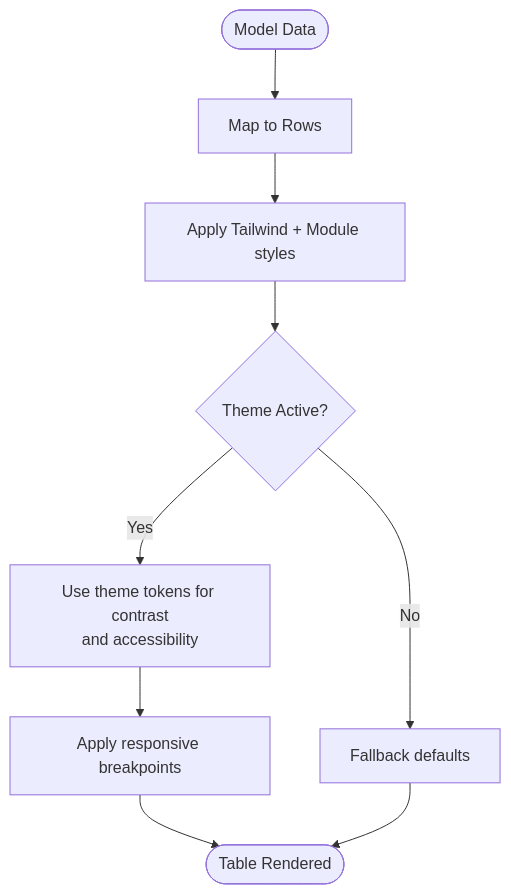
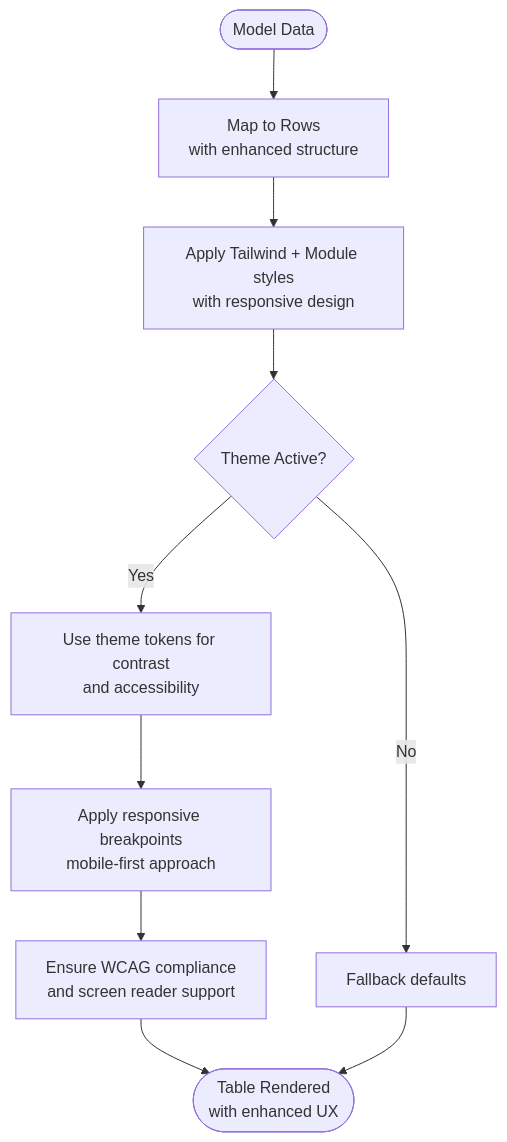
One commit to HassanAmeer/cheaprouter changed the eighth of 10 diagrams in .qoder/repowiki/en/content/Frontend Architecture/Styling System.md. Above: the diagram before and after it, drawn with Mermaid. The commit also changed other lines of this file and 10 other files, not shown here.

````diff
--- a/.qoder/repowiki/en/content/Frontend Architecture/Styling System.md
+++ b/.qoder/repowiki/en/content/Frontend Architecture/Styling System.md
@@ -379,11 +386,12 @@
 ```mermaid
 flowchart TD
-Data(["Model Data"]) --> MapRows["Map to Rows"]
-MapRows --> StyleRow["Apply Tailwind + Module styles"]
+Data(["Model Data"]) --> MapRows["Map to Rows<br/>with enhanced structure"]
+MapRows --> StyleRow["Apply Tailwind + Module styles<br/>with responsive design"]
 StyleRow --> ThemeCheck{"Theme Active?"}
 ThemeCheck --> |Yes| UseTokens["Use theme tokens for contrast<br/>and accessibility"]
 ThemeCheck --> |No| Fallback["Fallback defaults"]
-UseTokens --> Responsive["Apply responsive breakpoints"]
-Responsive --> Render(["Table Rendered"])
+UseTokens --> Responsive["Apply responsive breakpoints<br/>mobile-first approach"]
+Responsive --> Accessibility["Ensure WCAG compliance<br/>and screen reader support"]
+Accessibility --> Render(["Table Rendered<br/>with enhanced UX"])
 Fallback --> Render
 ```
````
